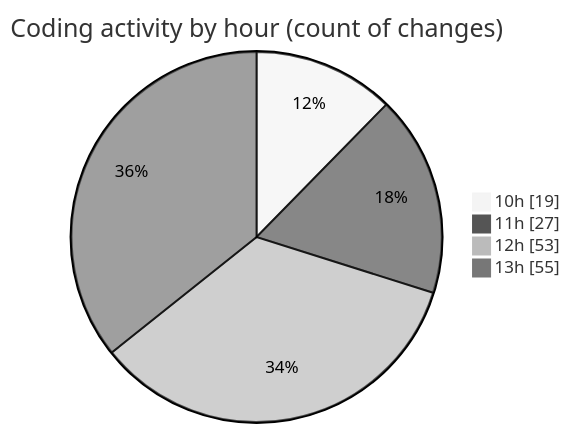
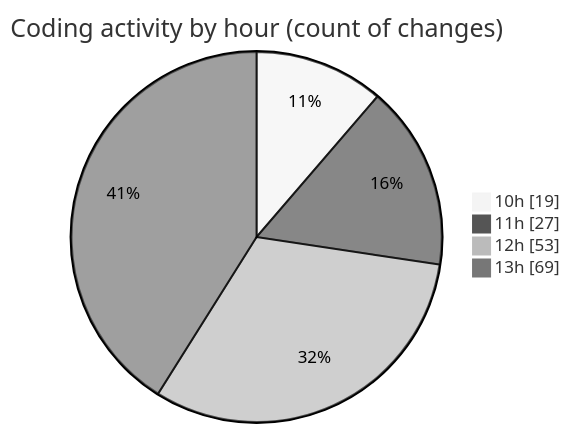
The second of 2 diagrams in 2025-03-18/cda/README.md (momahboobian/code-tracking), drawn with Mermaid (neutral theme) before and after one commit. The commit also changed other lines of this file and 1 other file, not shown here.

````diff
--- a/2025-03-18/cda/README.md
+++ b/2025-03-18/cda/README.md
@@ -42,8 +42,8 @@
 ```mermaid
 pie showData
 title Coding activity by hour (count of changes)
 "10h" : 19
 "11h" : 27
 "12h" : 53
-"13h" : 55
+"13h" : 69
 ```
````
